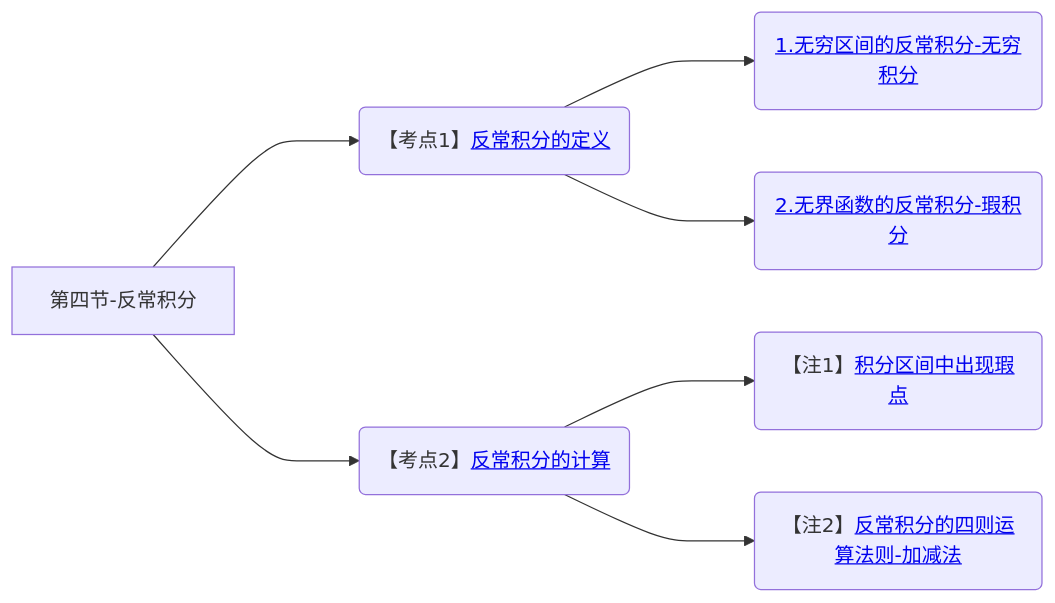
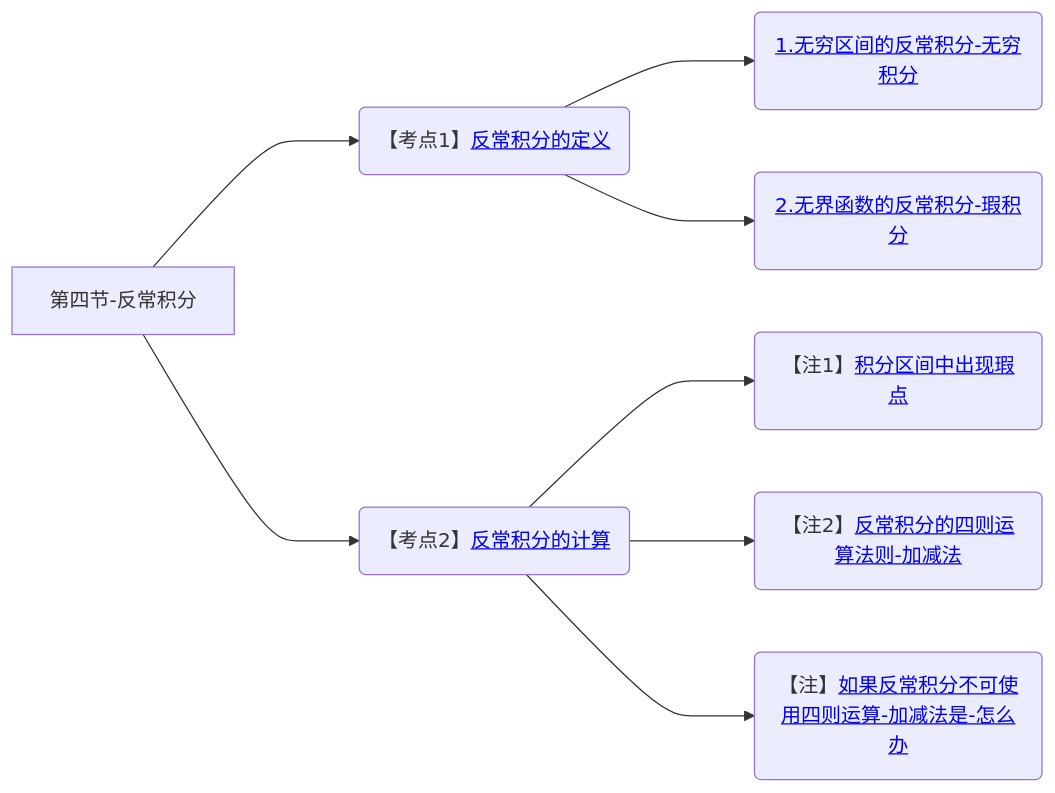
Before and after one commit to yuebinghui/note: diagram 22 of 22 in 笔记/数学/周洋鑫/01.基础班思维导图.md, drawn with Mermaid. The commit also changed 7 other files, not shown here.

````diff
--- a/笔记/数学/周洋鑫/01.基础班思维导图.md
+++ b/笔记/数学/周洋鑫/01.基础班思维导图.md
@@ -789,15 +789,16 @@
 ```mermaid
 graph LR
 第四节-反常积分
 
 第四节-反常积分--->反常积分的定义(【考点1】<a href="/Users/yuebinghui/Documents/program/github/note/笔记/数学/周洋鑫/基础班/25.定积分的应用.md#反常积分的定义">反常积分的定义</>)
 反常积分的定义--->1.无穷区间的反常积分-无穷积分(<a href="/Users/yuebinghui/Documents/program/github/note/笔记/数学/周洋鑫/基础班/25.定积分的应用.md#1.无穷区间的反常积分-无穷积分">1.无穷区间的反常积分-无穷积分</>)
 反常积分的定义--->2.无界函数的反常积分-瑕积分(<a href="/Users/yuebinghui/Documents/program/github/note/笔记/数学/周洋鑫/基础班/25.定积分的应用.md#2.无界函数的反常积分-瑕积分">2.无界函数的反常积分-瑕积分</>)
 
 第四节-反常积分--->反常积分的计算(【考点2】<a href="/Users/yuebinghui/Documents/program/github/note/笔记/数学/周洋鑫/基础班/25.定积分的应用.md#反常积分的计算">反常积分的计算</>)
 反常积分的计算--->积分区间中出现瑕点(【注1】<a href="/Users/yuebinghui/Documents/program/github/note/笔记/数学/周洋鑫/基础班/25.定积分的应用.md#积分区间中出现瑕点">积分区间中出现瑕点</>)
 反常积分的计算--->反常积分的四则运算法则-加减法(【注2】<a href="/Users/yuebinghui/Documents/program/github/note/笔记/数学/周洋鑫/基础班/25.定积分的应用.md#反常积分的四则运算法则-加减法">反常积分的四则运算法则-加减法</>)
+反常积分的计算--->如果反常积分不可使用四则运算-加减法是-怎么办(【注】<a href="/Users/yuebinghui/Documents/program/github/note/笔记/数学/周洋鑫/基础班/25.定积分的应用.md#如果反常积分不可使用四则运算-加减法是-怎么办">如果反常积分不可使用四则运算-加减法是-怎么办</>)
 
 
 
 ```
````
